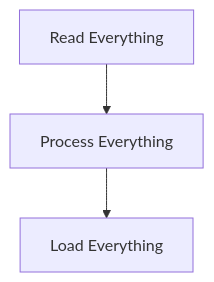
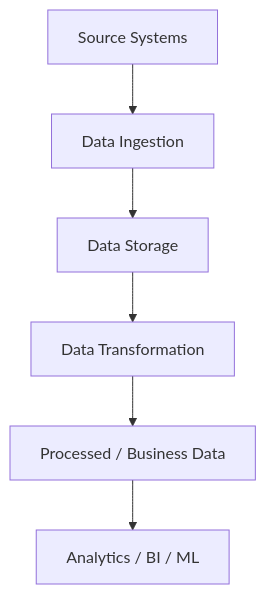
The first of 3 diagrams in README.md (Sinhaaz/Data-Eng), drawn with Mermaid before and after one commit. The commit also changed other lines of this file, not shown here.

````diff
--- a/README.md
+++ b/README.md
@@ -20,4 +21,9 @@
 ```mermaid
-    flowchart TD
-        A[Read Everything] --> B[Process Everything] --> C[Load Everything]
+flowchart TD
+    A[Source Systems] --> B[Data Ingestion]
+    B --> C[Data Storage]
+    C --> D[Data Transformation]
+    D --> E[Processed / Business Data]
+    E --> F[Analytics / BI / ML]
+
 ```
````
